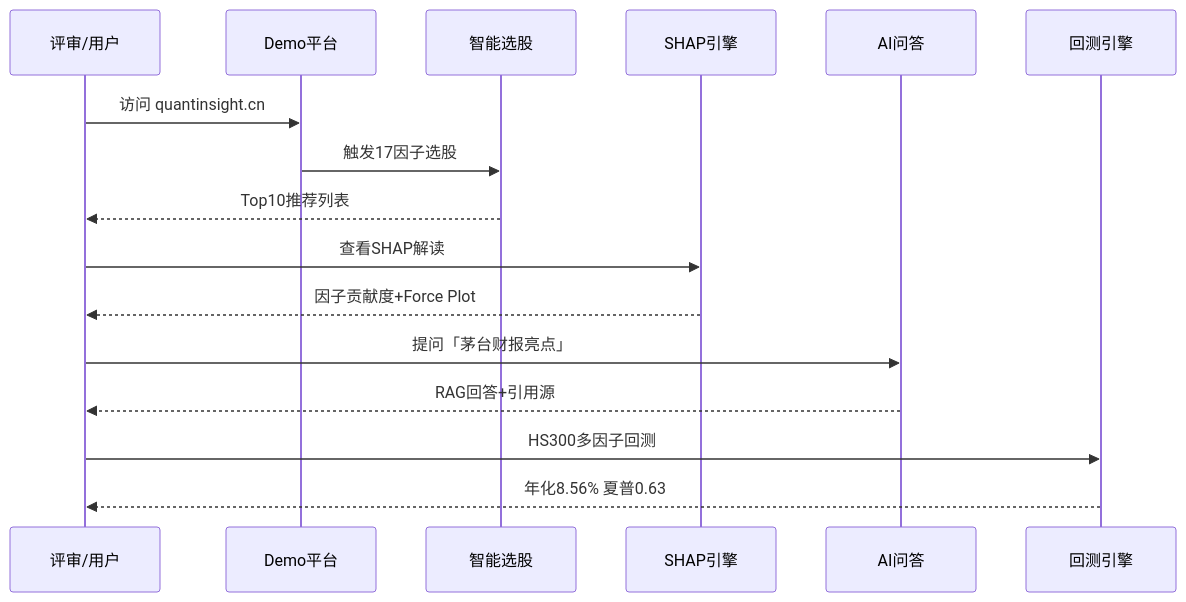
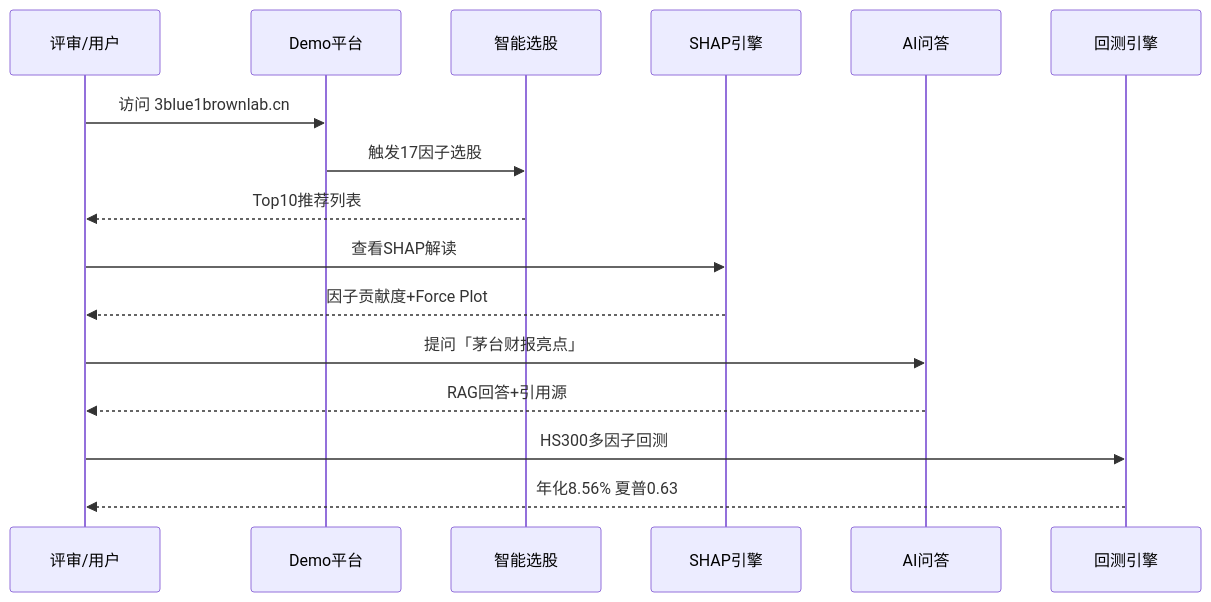
One commit to yigenfeng0707-netizen/quantinsight-pro changed the fourth of 6 diagrams in submission/02_Demo交付/逻辑流程图.md. Above: the diagram before and after it, drawn with Mermaid. The commit also changed 23 other files, not shown here.

Commit message:
deploy: switch demo domain to 3blue1brownlab.cn (reuse existing SSL)

````diff
--- a/submission/02_Demo交付/逻辑流程图.md
+++ b/submission/02_Demo交付/逻辑流程图.md
@@ -148,19 +148,19 @@
 ```mermaid
 sequenceDiagram
     participant U as 评审/用户
     participant D as Demo平台
     participant S as 智能选股
     participant H as SHAP引擎
     participant A as AI问答
     participant B as 回测引擎
 
-    U->>D: 访问 quantinsight.cn
+    U->>D: 访问 3blue1brownlab.cn
     D->>S: 触发17因子选股
     S-->>U: Top10推荐列表
     U->>H: 查看SHAP解读
     H-->>U: 因子贡献度+Force Plot
     U->>A: 提问「茅台财报亮点」
     A-->>U: RAG回答+引用源
     U->>B: HS300多因子回测
     B-->>U: 年化8.56% 夏普0.63
 ```
````
